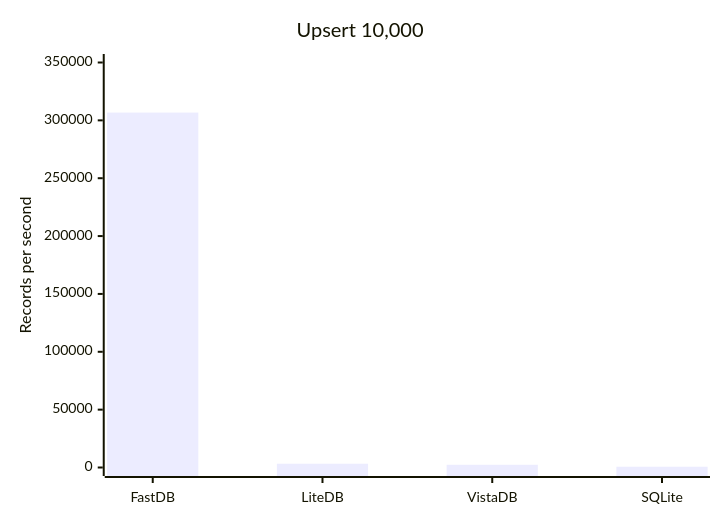
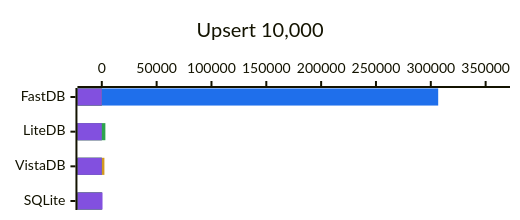
The third of 5 diagrams in README.md (stonstad/Stellar.FastDB), drawn with Mermaid before and after one commit. The commit also changed other lines of this file, not shown here.

````diff
--- a/README.md
+++ b/README.md
@@ -22,7 +30,11 @@
 ```mermaid
-xychart-beta
+%%{init: {"xyChart": {"width": 500, "height": 200}, "themeVariables": {"xyChart": {"plotColorPalette": "#1f6feb, #d29922, #2da44e, #8250df"}}}}%%
+xychart-beta horizontal
     title "Upsert 10,000"
     x-axis [FastDB, LiteDB, VistaDB, SQLite]
     y-axis "Records per second" 0 --> 350000
-    bar [306743, 3256, 2372, 648]
+    bar [306743, 0, 0, 0]
+    bar [0, 0, 2372, 0]
+    bar [0, 3256, 0, 0]
+    bar [0, 0, 0, 648]
 ```
````
